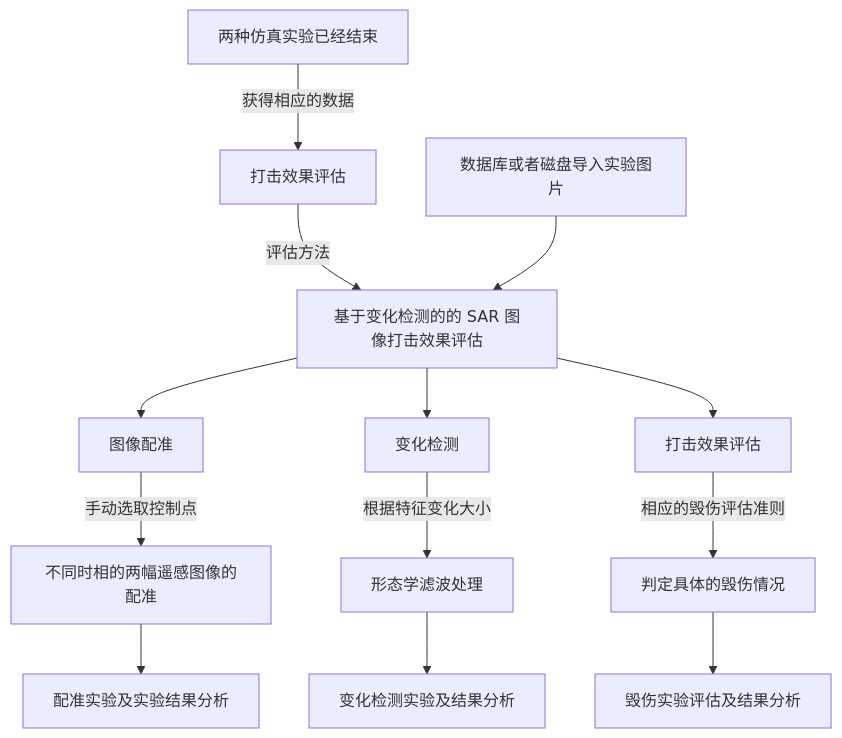
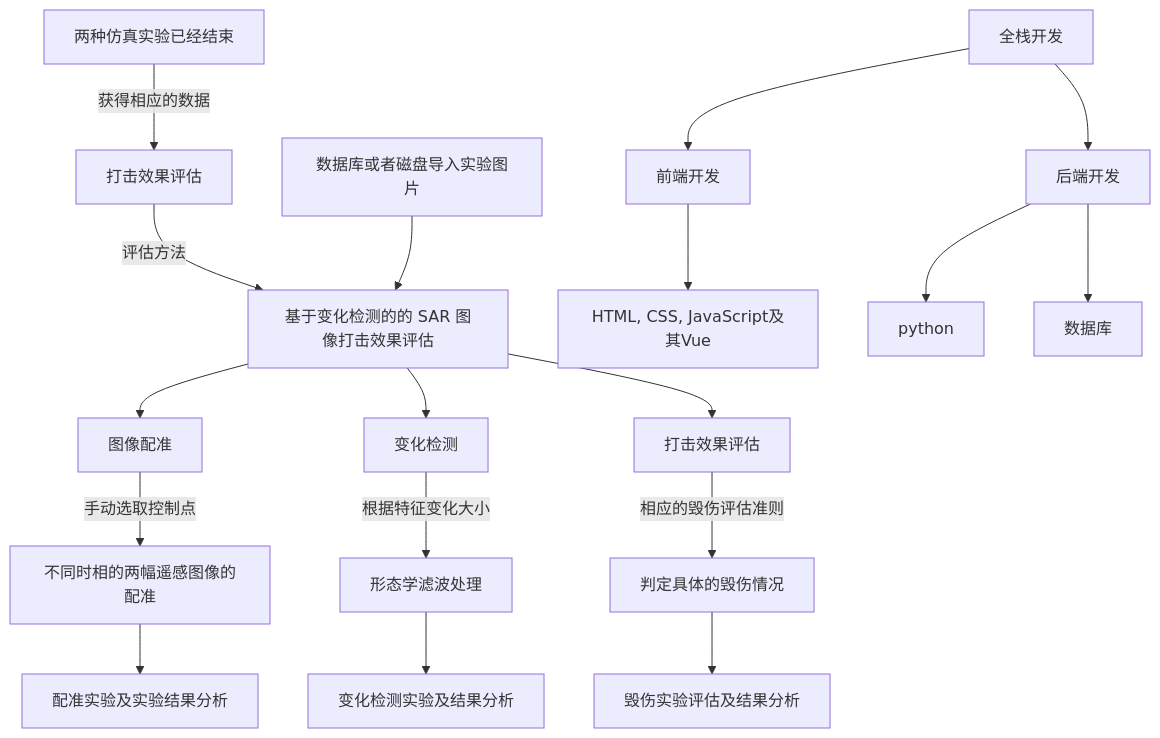
One commit to NUAAteam/SAR changed the diagram in markdown_notes/后续任务.md. Above: the diagram before and after it, drawn with Mermaid.

````diff
--- a/markdown_notes/后续任务.md
+++ b/markdown_notes/后续任务.md
@@ -1,16 +1,23 @@
 ```mermaid
 graph TD
   A[两种仿真实验已经结束]--> |获得相应的数据|B[打击效果的评估] 
   B[打击效果评估]-->|评估方法|C[基于变化检测的的 SAR 图像打击效果评估]
   C-->D[图像配准]
   C-->E[变化检测]
   C-->F[打击效果评估]
   D-->|手动选取控制点|j[不同时相的两幅遥感图像的配准]
   E-->|根据特征变化大小|f[形态学滤波处理]
   F-->|相应的毁伤评估准则|g[判定具体的毁伤情况]
   j-->h1[配准实验及实验结果分析]
   f-->h2[变化检测实验及结果分析]
   g-->h3[毁伤实验评估及结果分析]
   N[数据库或者磁盘导入实验图片]-->C
 
+  M[全栈开发]-->m1[前端开发]
+  M-->m2[后端开发]
+  m1[前端开发]-->m11[HTML, CSS, JavaScript及其Vue]
+  m2-->m21[python]
+  m2-->m22[数据库]
+  
+
 ```
````
